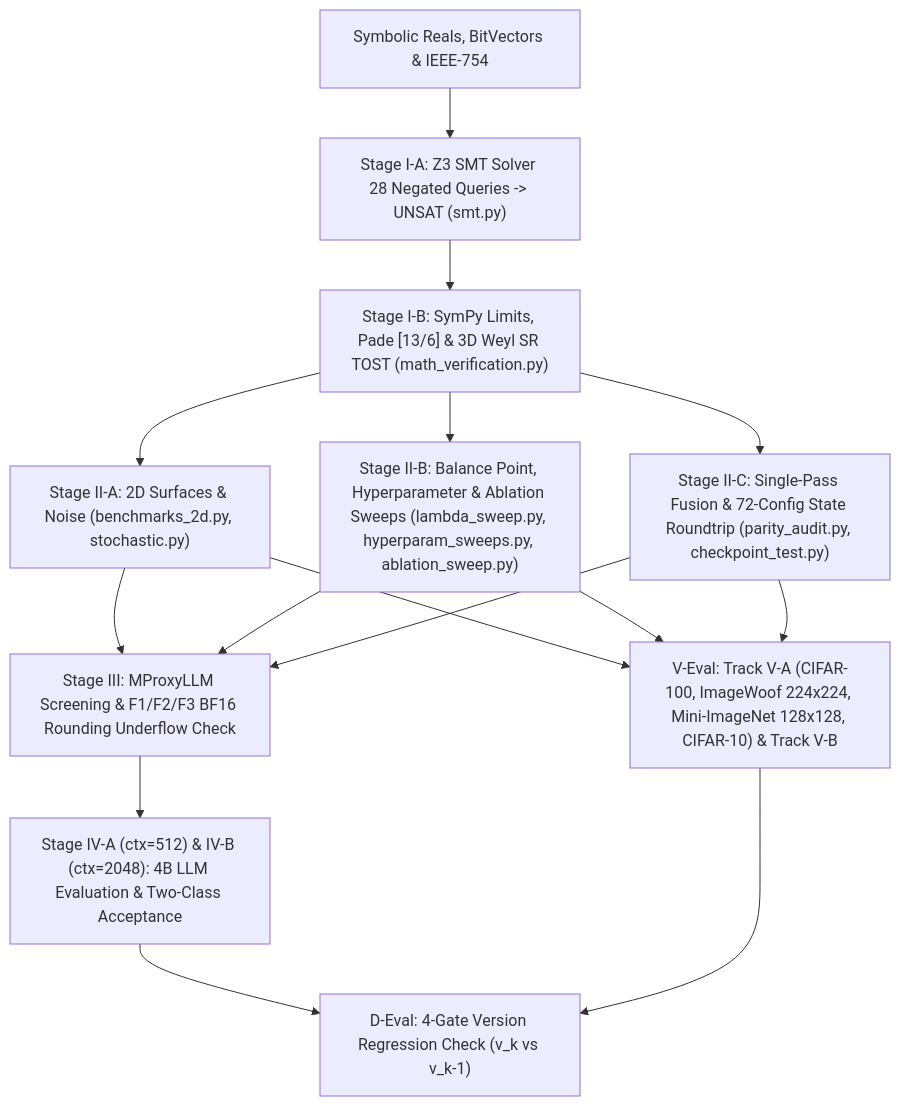
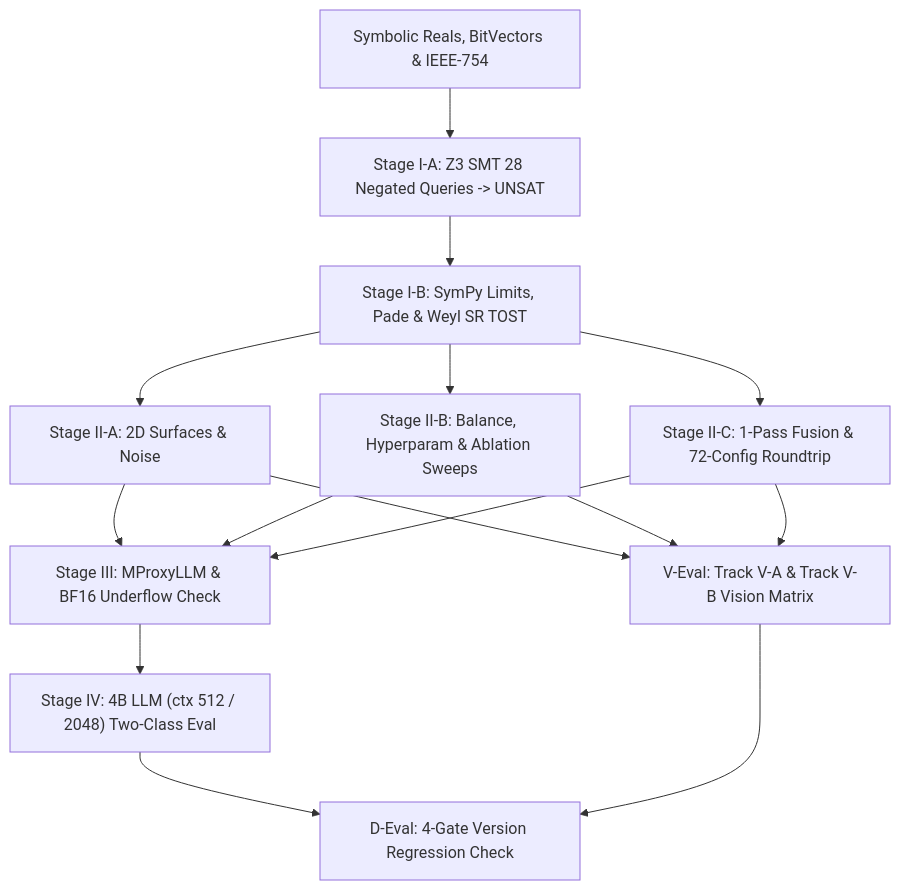
One commit to cloverx-id/luminamoon changed the diagram in eval/README.md. Above: the diagram before and after it, drawn with Mermaid. The commit also changed other lines of this file and 30 other files, not shown here.

````diff
--- a/eval/README.md
+++ b/eval/README.md
@@ -11,12 +11,12 @@
 ```mermaid
 flowchart TD
-    Vars["Symbolic Reals, BitVectors & IEEE-754"] --> Z3["Stage I-A: Z3 SMT Solver 28 Negated Queries -> UNSAT (smt.py)"]
-    Z3 --> Math["Stage I-B: SymPy Limits, Pade [13/6] & 3D Weyl SR TOST (math_verification.py)"]
-    Math --> Surf["Stage II-A: 2D Surfaces & Noise (benchmarks_2d.py, stochastic.py)"]
-    Math --> Sweeps["Stage II-B: Balance Point, Hyperparameter & Ablation Sweeps (lambda_sweep.py, hyperparam_sweeps.py, ablation_sweep.py)"]
-    Math --> Parity["Stage II-C: Single-Pass Fusion & 72-Config State Roundtrip (parity_audit.py, checkpoint_test.py)"]
-    Surf & Sweeps & Parity --> Stage3["Stage III: MProxyLLM Screening & F1/F2/F3 BF16 Rounding Underflow Check"]
-    Surf & Sweeps & Parity --> VEval["V-Eval: Track V-A (CIFAR-100, ImageWoof 224x224, Mini-ImageNet 128x128, CIFAR-10) & Track V-B"]
-    Stage3 --> Stage4["Stage IV-A (ctx=512) & IV-B (ctx=2048): 4B LLM Evaluation & Two-Class Acceptance"]
-    Stage4 & VEval --> DEval["D-Eval: 4-Gate Version Regression Check (v_k vs v_k-1)"]
+    Vars["Symbolic Reals, BitVectors & IEEE-754"] --> Z3["Stage I-A: Z3 SMT 28 Negated Queries -> UNSAT"]
+    Z3 --> Math["Stage I-B: SymPy Limits, Pade & Weyl SR TOST"]
+    Math --> Surf["Stage II-A: 2D Surfaces & Noise"]
+    Math --> Sweeps["Stage II-B: Balance, Hyperparam & Ablation Sweeps"]
+    Math --> Parity["Stage II-C: 1-Pass Fusion & 72-Config Roundtrip"]
+    Surf & Sweeps & Parity --> Stage3["Stage III: MProxyLLM & BF16 Underflow Check"]
+    Surf & Sweeps & Parity --> VEval["V-Eval: Track V-A & Track V-B Vision Matrix"]
+    Stage3 --> Stage4["Stage IV: 4B LLM (ctx 512 / 2048) Two-Class Eval"]
+    Stage4 & VEval --> DEval["D-Eval: 4-Gate Version Regression Check"]
 ```
````
